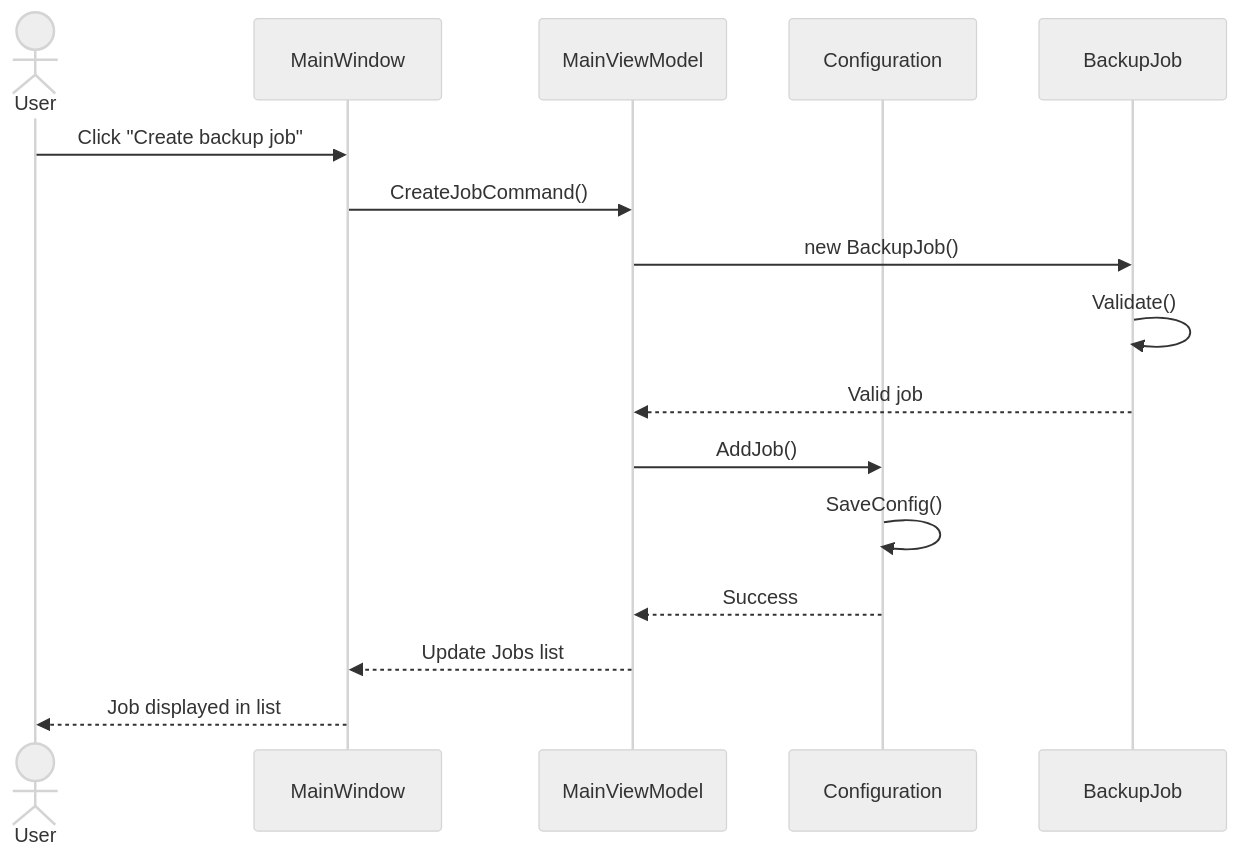
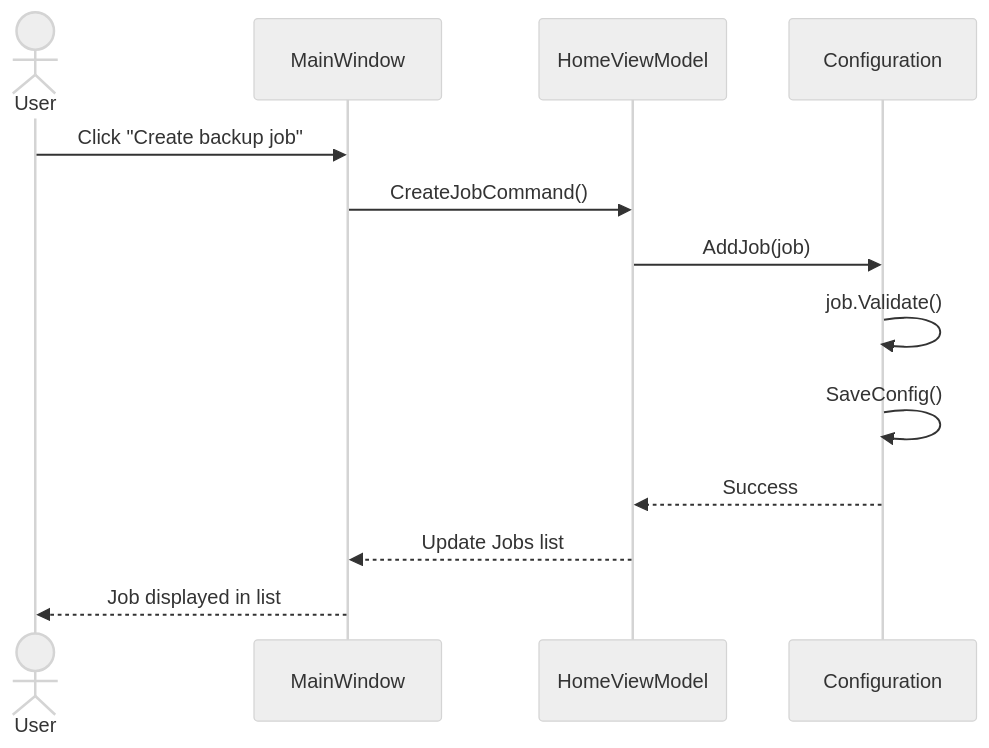
One commit to Groupe1-Prosoft/EasySave changed the third of 8 diagrams in Diagrams/UML.md. Above: the diagram before and after it, drawn with Mermaid (neutral theme). The commit also changed other lines of this file, not shown here.

Commit message:
Corrections of use case, class diagram and sequential diagram with the Alexandre Feddback on deliveable2

````diff
--- a/Diagrams/UML.md
+++ b/Diagrams/UML.md
@@ -241,22 +239,18 @@
 ```mermaid
 sequenceDiagram
     actor User
     participant MainWindow
-    participant MainViewModel
+    participant HomeViewModel
     participant Configuration
-    participant BackupJob
 
     User->>MainWindow: Click "Create backup job"
-    MainWindow->>MainViewModel: CreateJobCommand()
+    MainWindow->>HomeViewModel: CreateJobCommand()
 
-    MainViewModel->>BackupJob: new BackupJob()
-    BackupJob->>BackupJob: Validate()
-    BackupJob-->>MainViewModel: Valid job
+    HomeViewModel->>Configuration: AddJob(job)
+    Configuration->>Configuration: job.Validate()
+    Configuration->>Configuration: SaveConfig()
+    Configuration-->>HomeViewModel: Success
 
-    MainViewModel->>Configuration: AddJob()
-    Configuration->>Configuration: SaveConfig()
-    Configuration-->>MainViewModel: Success
-
-    MainViewModel-->>MainWindow: Update Jobs list
+    HomeViewModel-->>MainWindow: Update Jobs list
     MainWindow-->>User: Job displayed in list
 ```
````
